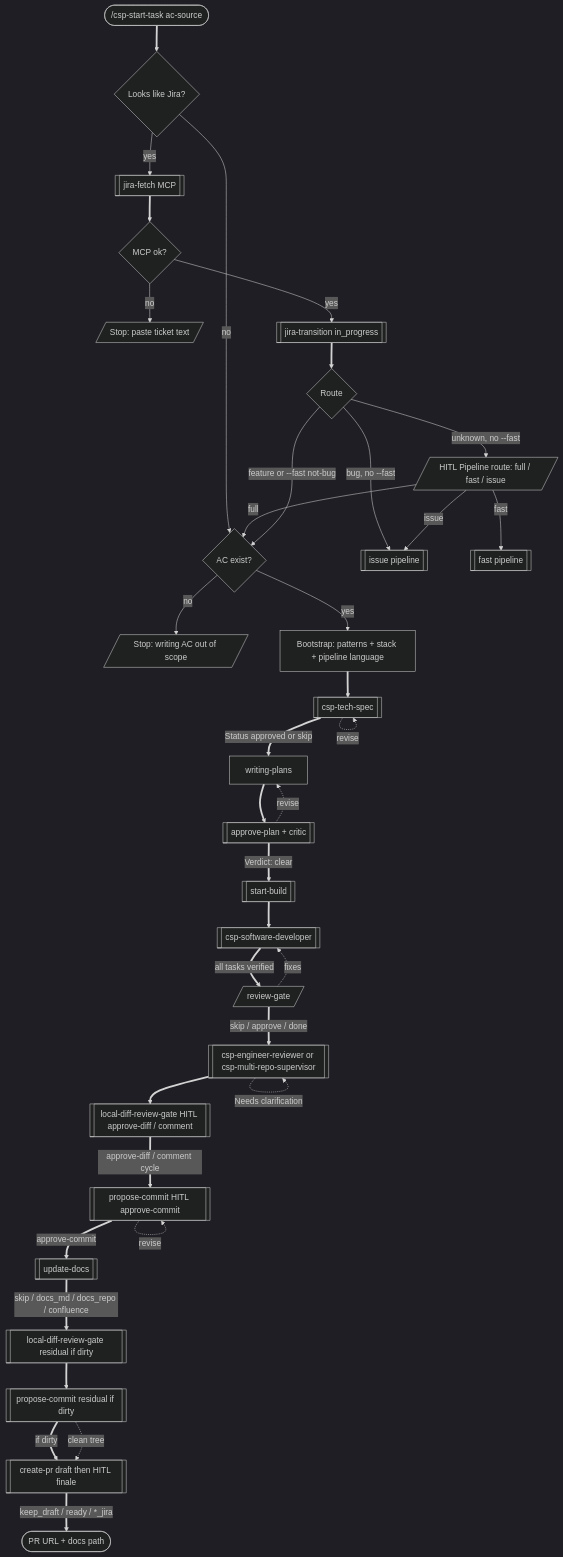
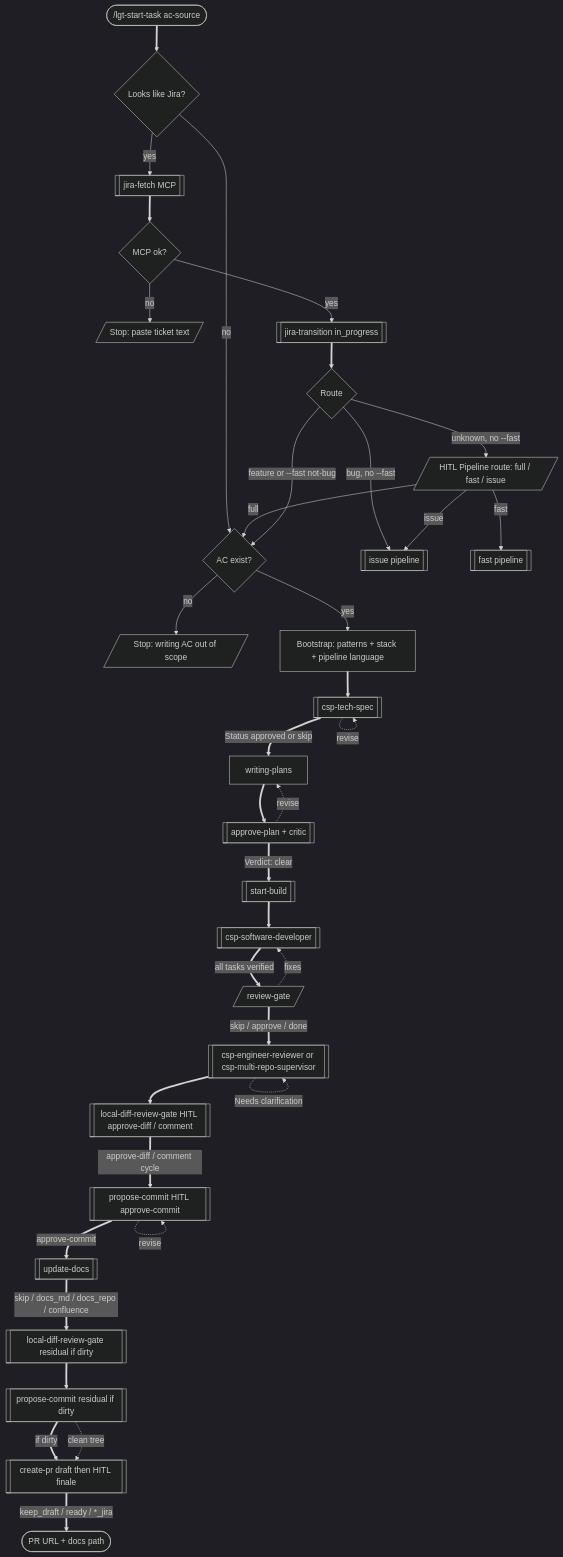
The second of 14 diagrams in docs/superpowers/pipeline-flow.md (a-trembak/cursor-spells), drawn with Mermaid (dark theme) before and after one commit. The commit also changed other lines of this file and 47 other files, not shown here.

First line of the commit message:
docs: switch user-facing surface from /csp-* to /lgt-*

````diff
--- a/docs/superpowers/pipeline-flow.md
+++ b/docs/superpowers/pipeline-flow.md
@@ -147,64 +147,64 @@
 ```mermaid
 flowchart TD
-  startNode(["/csp-start-task ac-source"])
+  startNode(["/lgt-start-task ac-source"])
   looksJira{Looks like Jira?}
   fetch[["jira-fetch MCP"]]
   fetchFail{MCP ok?}
   stopPaste[/"Stop: paste ticket text"/]
   inProgress[["jira-transition in_progress"]]
   route{"Route"}
   hitlRoute[/"HITL Pipeline route: full / fast / issue"/]
   noAc{AC exist?}
   stopNoAc[/"Stop: writing AC out of scope"/]
   bootstrap["Bootstrap: patterns + stack + pipeline language"]
   techSpec[["csp-tech-spec"]]
   planWrite["writing-plans"]
   approvePlan[["approve-plan + critic"]]
   startBuild[["start-build"]]
   softwareDev[["csp-software-developer"]]
   reviewGate[/"review-gate"/]
   engReview[["csp-engineer-reviewer or csp-multi-repo-supervisor"]]
   localDiffGate[["local-diff-review-gate HITL approve-diff / comment"]]
   proposeCommit[["propose-commit HITL approve-commit"]]
   updateDocs[["update-docs"]]
   localDiffGate2[["local-diff-review-gate residual if dirty"]]
   proposeCommit2[["propose-commit residual if dirty"]]
   createPr[["create-pr draft then HITL finale"]]
   doneNode(["PR URL + docs path"])
 
   startNode ==> looksJira
   looksJira -->|"yes"| fetch
   looksJira -->|"no"| noAc
   fetch ==> fetchFail
   fetchFail -->|"no"| stopPaste
   fetchFail -->|"yes"| inProgress
   inProgress ==> route
   route -->|"bug, no --fast"| issuePipe[["issue pipeline"]]
   route -->|"unknown, no --fast"| hitlRoute
   hitlRoute -->|"full"| noAc
   hitlRoute -->|"fast"| fastPipe[["fast pipeline"]]
   hitlRoute -->|"issue"| issuePipe
   route -->|"feature or --fast not-bug"| noAc
   noAc -->|"no"| stopNoAc
   noAc -->|"yes"| bootstrap
   bootstrap ==> techSpec
   techSpec ==>|"Status approved or skip"| planWrite
   techSpec -.->|"revise"| techSpec
   planWrite ==> approvePlan
   approvePlan -.->|"revise"| planWrite
   approvePlan ==>|"Verdict: clear"| startBuild
   startBuild ==> softwareDev
   softwareDev ==>|"all tasks verified"| reviewGate
   reviewGate -.->|"fixes"| softwareDev
   reviewGate ==>|"skip / approve / done"| engReview
   engReview -.->|"Needs clarification"| engReview
   engReview ==> localDiffGate
   localDiffGate ==>|"approve-diff / comment cycle"| proposeCommit
   proposeCommit ==>|"approve-commit"| updateDocs
   proposeCommit -.->|"revise"| proposeCommit
   updateDocs ==>|"skip / docs_md / docs_repo / confluence"| localDiffGate2
   localDiffGate2 ==> proposeCommit2
   proposeCommit2 ==>|"if dirty"| createPr
   proposeCommit2 -.->|"clean tree"| createPr
   createPr ==>|"keep_draft / ready / *_jira"| doneNode
 ```
````
